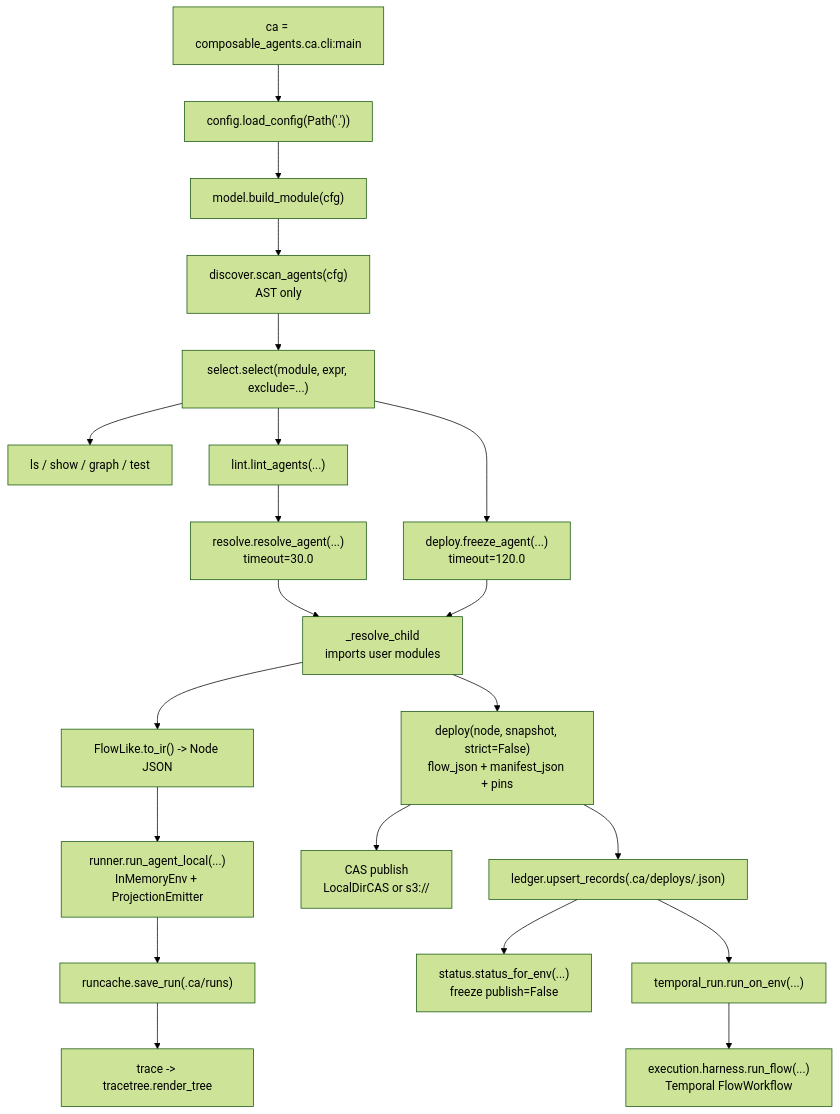
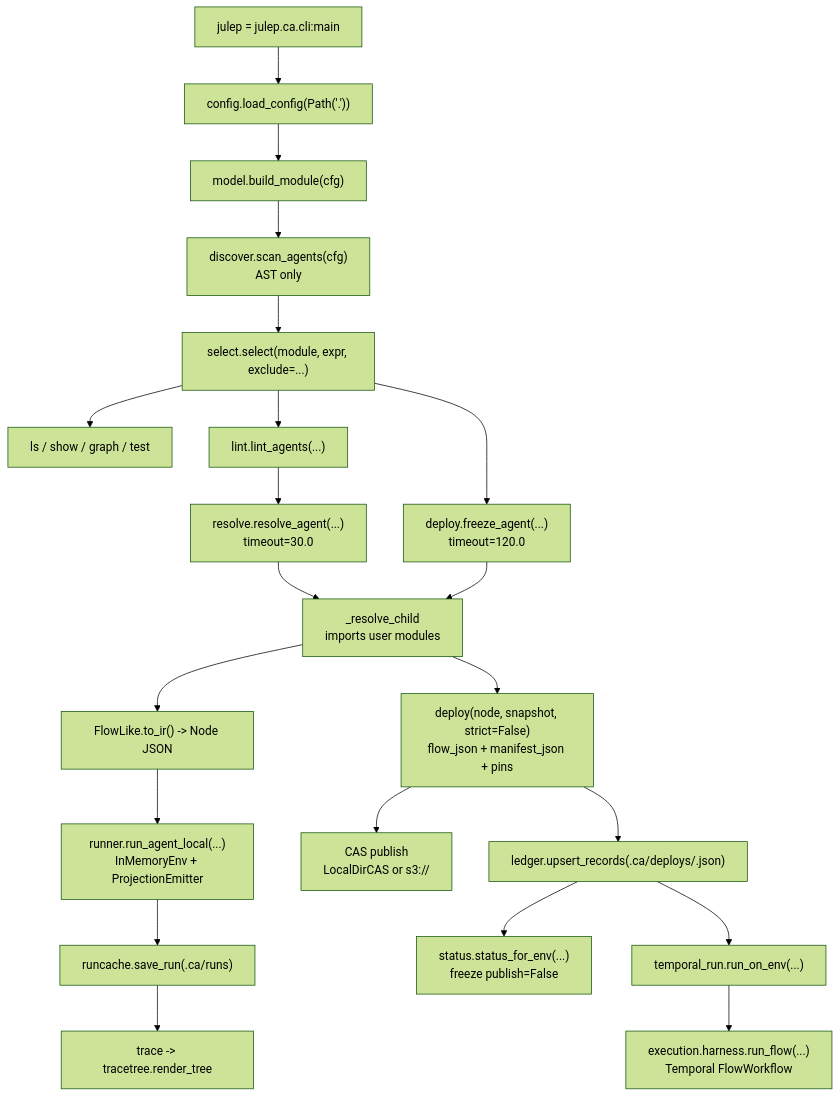
Before and after one commit to julep-ai/julep: the fifth of 5 diagrams in docs-site/content/docs/concepts/architecture.md, drawn with Mermaid (forest theme). The commit also changed other lines of this file and 45 other files, not shown here.

````diff
--- a/docs-site/content/docs/concepts/architecture.md
+++ b/docs-site/content/docs/concepts/architecture.md
@@ -1076,33 +1076,33 @@
 ```mermaid
 flowchart TD
-    entry["ca = composable_agents.ca.cli:main"]
+    entry["julep = julep.ca.cli:main"]
     cfg["config.load_config(Path('.'))"]
     module["model.build_module(cfg)"]
     scan["discover.scan_agents(cfg)\nAST only"]
     select["select.select(module, expr, exclude=...)"]
     inspect["ls / show / graph / test"]
     lint["lint.lint_agents(...)"]
     resolve["resolve.resolve_agent(...)\ntimeout=30.0"]
     child["_resolve_child\nimports user modules"]
     ir["FlowLike.to_ir() -> Node JSON"]
     local["runner.run_agent_local(...)\nInMemoryEnv + ProjectionEmitter"]
     cache["runcache.save_run(.ca/runs)"]
     trace["trace -> tracetree.render_tree"]
     freeze["deploy.freeze_agent(...)\ntimeout=120.0"]
     artifact["deploy(node, snapshot, strict=False)\nflow_json + manifest_json + pins"]
     cas["CAS publish\nLocalDirCAS or s3://"]
     ledger["ledger.upsert_records(.ca/deploys/<env>.json)"]
     status["status.status_for_env(...)\nfreeze publish=False"]
     remote["temporal_run.run_on_env(...)"]
     temporal["execution.harness.run_flow(...)\nTemporal FlowWorkflow"]
 
     entry --> cfg --> module --> scan --> select
     select --> inspect
     select --> lint --> resolve
     resolve --> child --> ir --> local --> cache --> trace
     select --> freeze --> child
     child --> artifact --> cas
     artifact --> ledger
     ledger --> status
     ledger --> remote --> temporal
 ```
````
